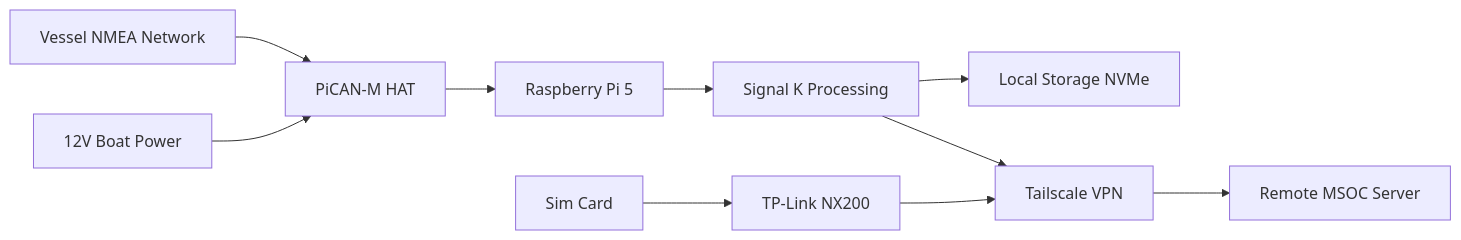
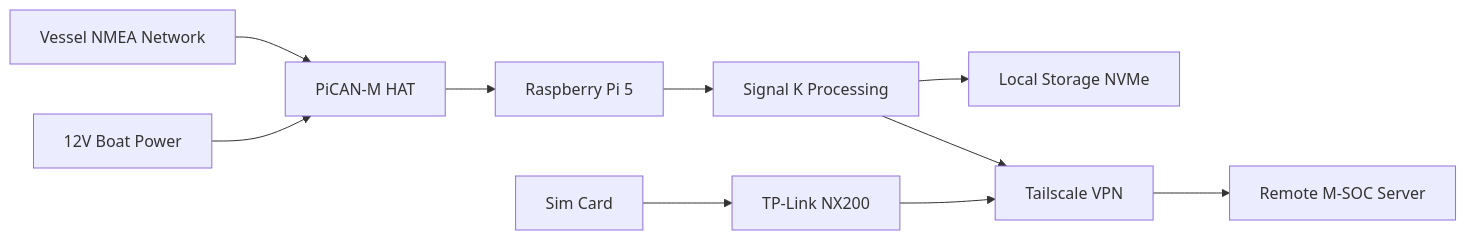
Before and after one commit to project-haris/marine-haris: the first of 2 diagrams in README.md, drawn with Mermaid. The commit also changed other lines of this file and 27 other files, not shown here.

````diff
--- a/README.md
+++ b/README.md
@@ -67,13 +67,13 @@
 ```mermaid
 flowchart LR
     A[Vessel NMEA Network] --> B[PiCAN-M HAT]
     B --> C[Raspberry Pi 5]
     C --> D[Signal K Processing]
     D --> E[Local Storage NVMe]
     D --> F[Tailscale VPN]
-    F --> G[Remote MSOC Server]
+    F --> G[Remote M-SOC Server]
     
     H[12V Boat Power] --> B
     I[Sim Card] --> J[TP-Link NX200]
     J --> F
 ```
````
